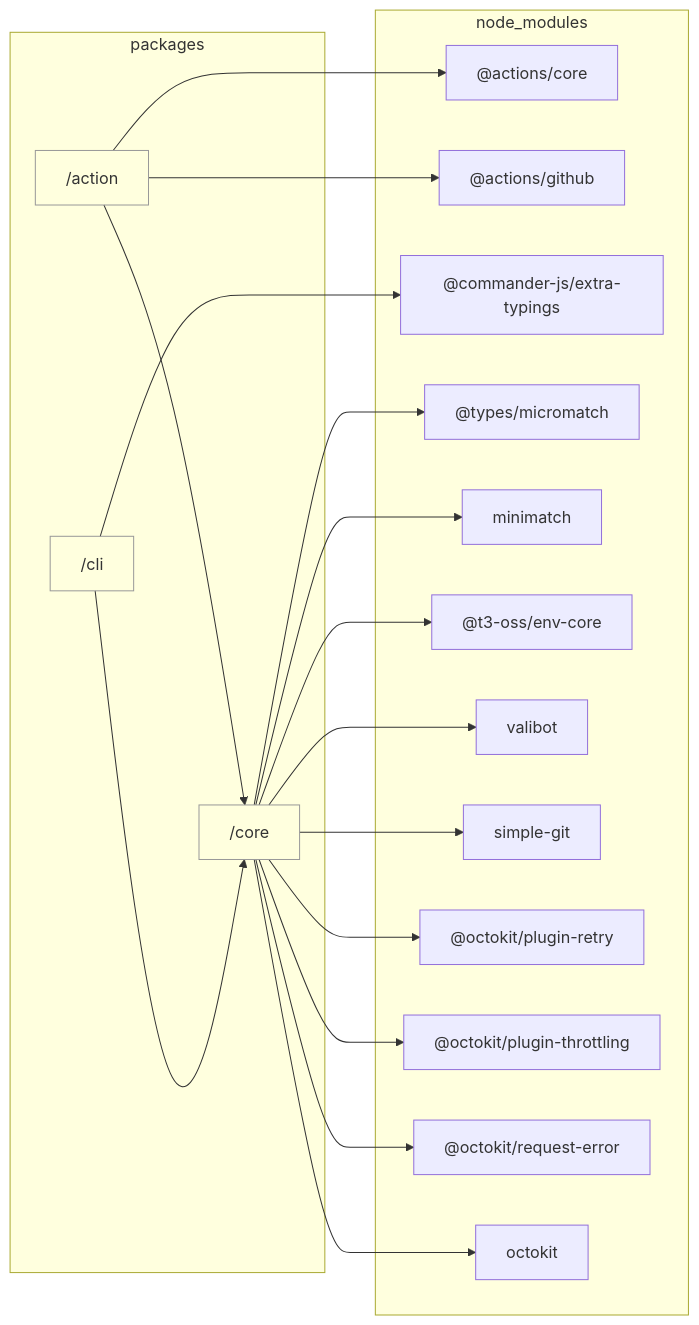
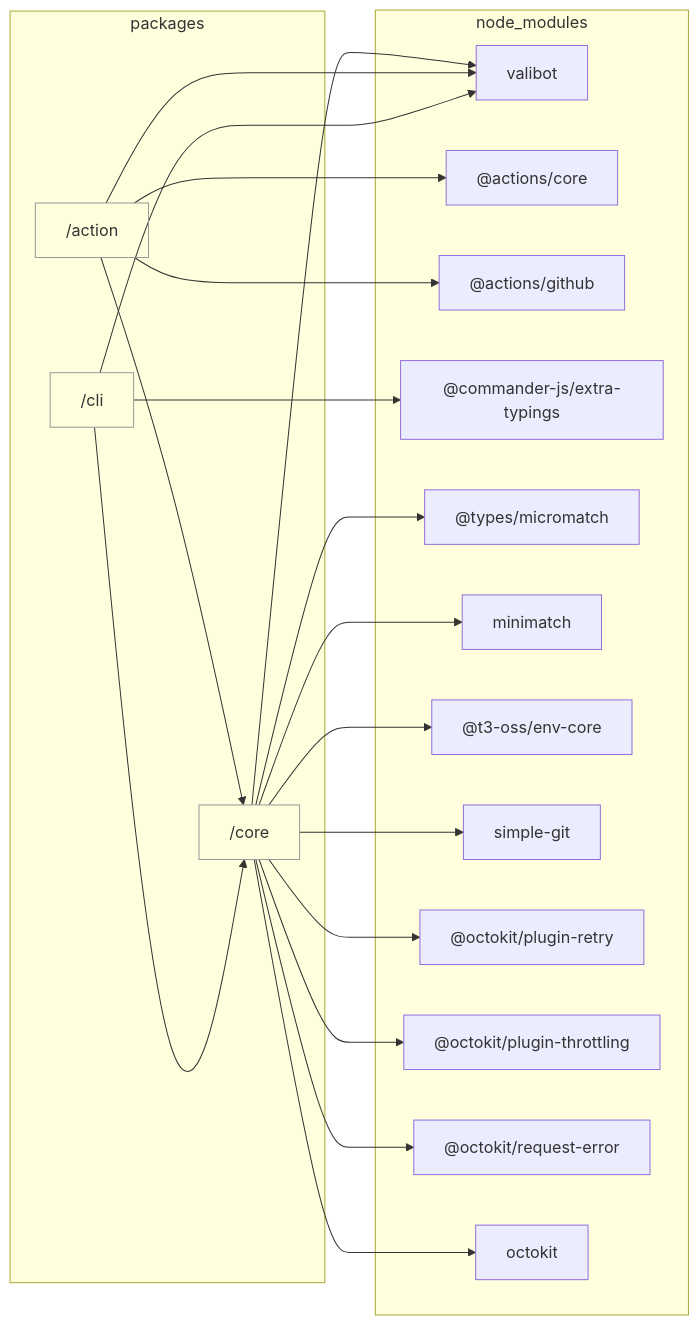
Before and after one commit to sugurutakahashi-1234/issue-linker: the diagram in docs/reports/dependencies/overview.md, drawn with Mermaid. The commit also changed 24 other files, not shown here.

First line of the commit message:
feat: integrate valibot for option validation across packages [deps-change]

````diff
--- a/docs/reports/dependencies/overview.md
+++ b/docs/reports/dependencies/overview.md
@@ -7,37 +7,39 @@
 ```mermaid
 flowchart LR
     classDef dir fill:#0000,stroke:#999
     subgraph packages["packages"]
         packages/core["/core"]:::dir
         packages/action["/action"]:::dir
         packages/cli["/cli"]:::dir
     end
     subgraph node//modules["node_modules"]
+        node//modules/valibot/dist/index.d.cts["valibot"]
         node//modules///actions/core/lib/core.d.ts["@actions/core"]
         node//modules///actions/github/lib/github.d.ts["@actions/github"]
         node//modules///commander//js/extra//typings/index.d.ts["@commander-js/extra-typings"]
         node//modules///types/micromatch/index.d.ts["@types/micromatch"]
         node//modules/minimatch/dist/commonjs/index.d.ts["minimatch"]
         node//modules///t3//oss/env//core/dist/index.d.ts["@t3-oss/env-core"]
-        node//modules/valibot/dist/index.d.cts["valibot"]
         node//modules/simple//git/dist/typings/index.d.ts["simple-git"]
         node//modules///octokit/plugin//retry/dist//types/index.d.ts["@octokit/plugin-retry"]
         node//modules///octokit/plugin//throttling/dist//types/index.d.ts["@octokit/plugin-throttling"]
         node//modules///octokit/request//error/dist//types/index.d.ts["@octokit/request-error"]
         node//modules/octokit/dist//types/index.d.ts["octokit"]
     end
+    packages/core-->node//modules/valibot/dist/index.d.cts
     packages/action-->node//modules///actions/core/lib/core.d.ts
     packages/action-->node//modules///actions/github/lib/github.d.ts
     packages/action-->packages/core
+    packages/action-->node//modules/valibot/dist/index.d.cts
     packages/cli-->node//modules///commander//js/extra//typings/index.d.ts
     packages/cli-->packages/core
+    packages/cli-->node//modules/valibot/dist/index.d.cts
     packages/core-->node//modules///types/micromatch/index.d.ts
     packages/core-->node//modules/minimatch/dist/commonjs/index.d.ts
     packages/core-->node//modules///t3//oss/env//core/dist/index.d.ts
-    packages/core-->node//modules/valibot/dist/index.d.cts
     packages/core-->node//modules/simple//git/dist/typings/index.d.ts
     packages/core-->node//modules///octokit/plugin//retry/dist//types/index.d.ts
     packages/core-->node//modules///octokit/plugin//throttling/dist//types/index.d.ts
     packages/core-->node//modules///octokit/request//error/dist//types/index.d.ts
     packages/core-->node//modules/octokit/dist//types/index.d.ts
 ```
````
